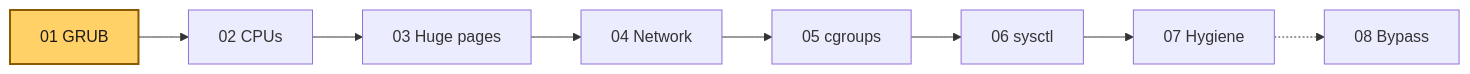
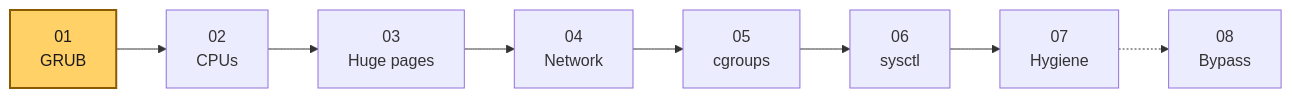
One commit to vitor-tadashi/mechanical-sympathy changed the first of 2 diagrams in STYLE.md. Above: the diagram before and after it, drawn with Mermaid. The commit also changed other lines of this file, not shown here.

Commit message:
docs: make style guide mermaid examples parse
The At a glance template held a prose placeholder inside a mermaid
fence, which mermaid-cli rejects. It is now a one-node diagram. The
you-are-here strip uses two-line labels so that it stays readable when
GitHub scales it to the page width.

````diff
--- a/STYLE.md
+++ b/STYLE.md
@@ -127,7 +127,7 @@
 ```mermaid
 flowchart LR
-  g01["01 GRUB"] --> g02["02 CPUs"] --> g03["03 Huge pages"] --> g04["04 Network"]
-  g04 --> g05["05 cgroups"] --> g06["06 sysctl"] --> g07["07 Hygiene"] -.-> g08["08 Bypass"]
+  g01["01<br/>GRUB"] --> g02["02<br/>CPUs"] --> g03["03<br/>Huge pages"] --> g04["04<br/>Network"]
+  g04 --> g05["05<br/>cgroups"] --> g06["06<br/>sysctl"] --> g07["07<br/>Hygiene"] -.-> g08["08<br/>Bypass"]
   class g01 focus
   classDef focus fill:#ffd166,stroke:#8a5a00,color:#1a1a1a,stroke-width:2px
 ```
````
